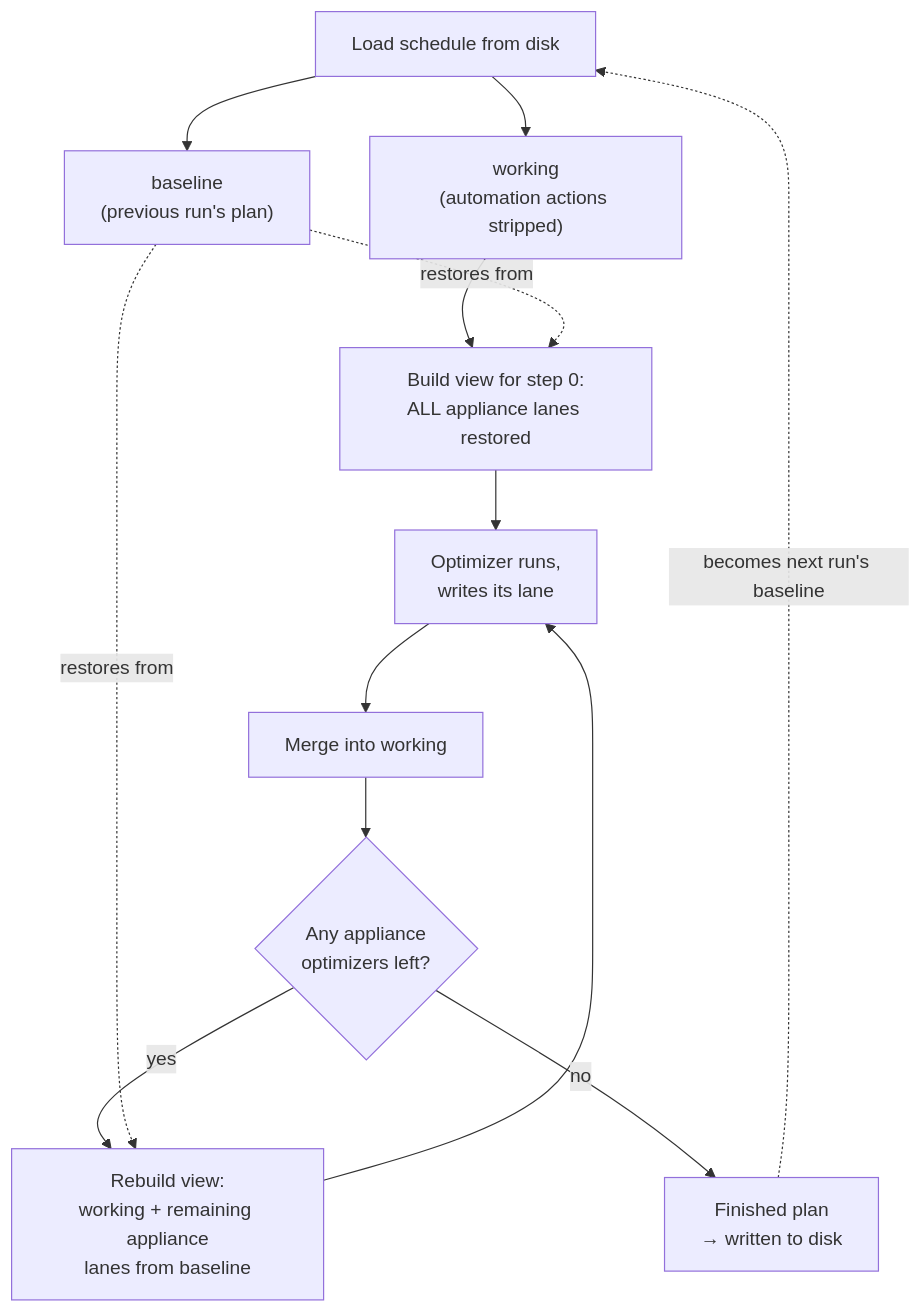
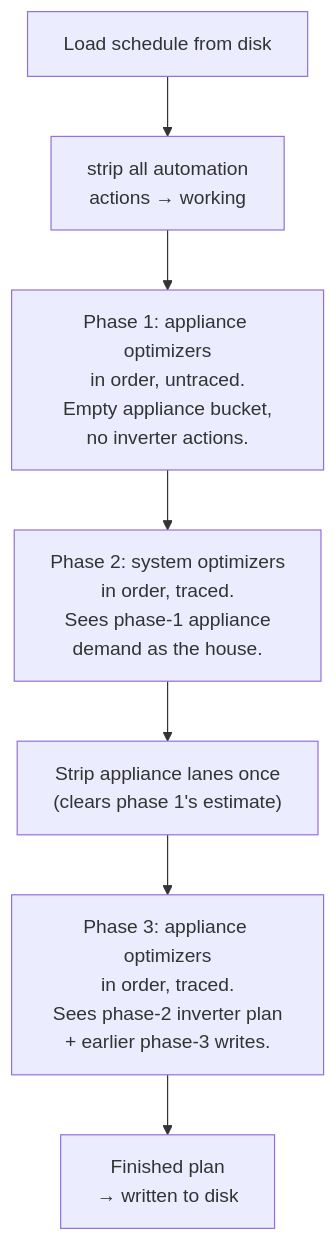
The diagram in docs/automation.md (Scarfsail/hass-helman), drawn with Mermaid before and after one commit. The commit also changed other lines of this file and 11 other files, not shown here.

````diff
--- a/docs/automation.md
+++ b/docs/automation.md
@@ -93,15 +77,9 @@
 ```mermaid
 flowchart TD
-    A["Load schedule from disk"] --> B["baseline<br/>(previous run's plan)"]
-    A --> C["working<br/>(automation actions stripped)"]
-    C --> D["Build view for step 0:<br/>ALL appliance lanes restored"]
-    D --> E["Optimizer runs,<br/>writes its lane"]
-    E --> F["Merge into working"]
-    F --> G{"Any appliance<br/>optimizers left?"}
-    G -->|yes| H["Rebuild view:<br/>working + remaining appliance<br/>lanes from baseline"]
-    H --> E
-    G -->|no| I["Finished plan<br/>→ written to disk"]
-    B -.->|restores from| D
-    B -.->|restores from| H
-    I -.->|becomes next run's baseline| A
+    A["Load schedule from disk"] --> B["strip all automation<br/>actions → working"]
+    B --> C["Phase 1: appliance optimizers<br/>in order, untraced.<br/>Empty appliance bucket,<br/>no inverter actions."]
+    C --> D["Phase 2: system optimizers<br/>in order, traced.<br/>Sees phase-1 appliance<br/>demand as the house."]
+    D --> E["Strip appliance lanes once<br/>(clears phase 1's estimate)"]
+    E --> F["Phase 3: appliance optimizers<br/>in order, traced.<br/>Sees phase-2 inverter plan<br/>+ earlier phase-3 writes."]
+    F --> G["Finished plan<br/>→ written to disk"]
 ```
````
